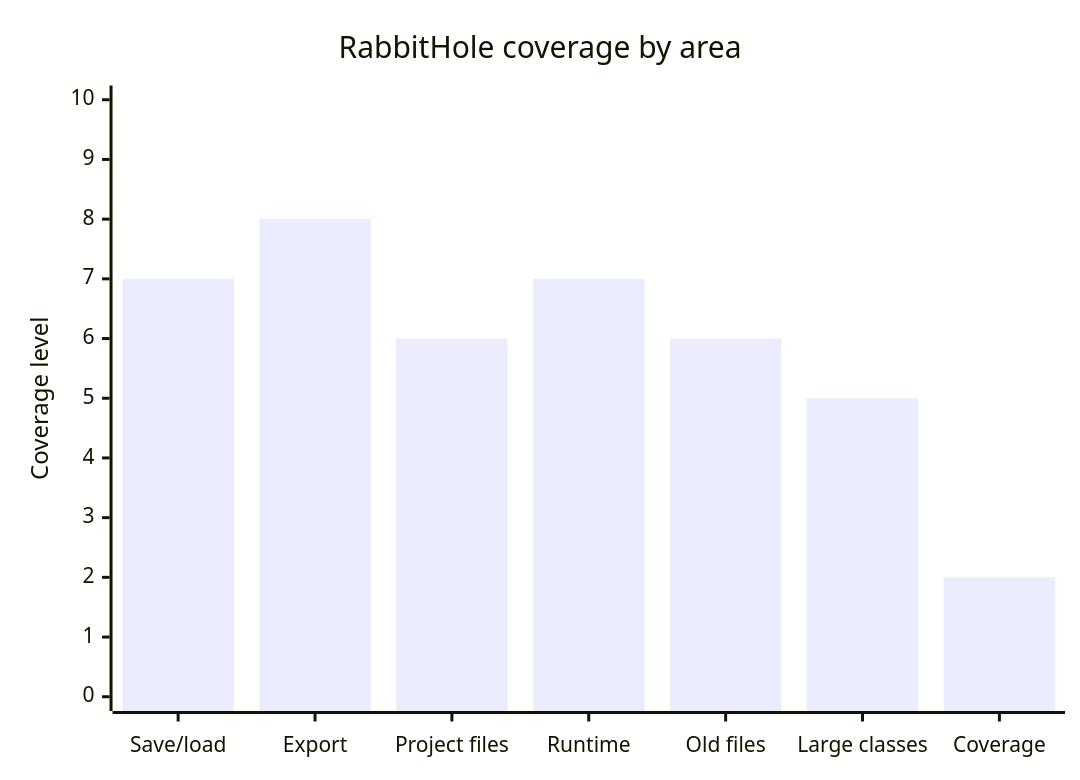
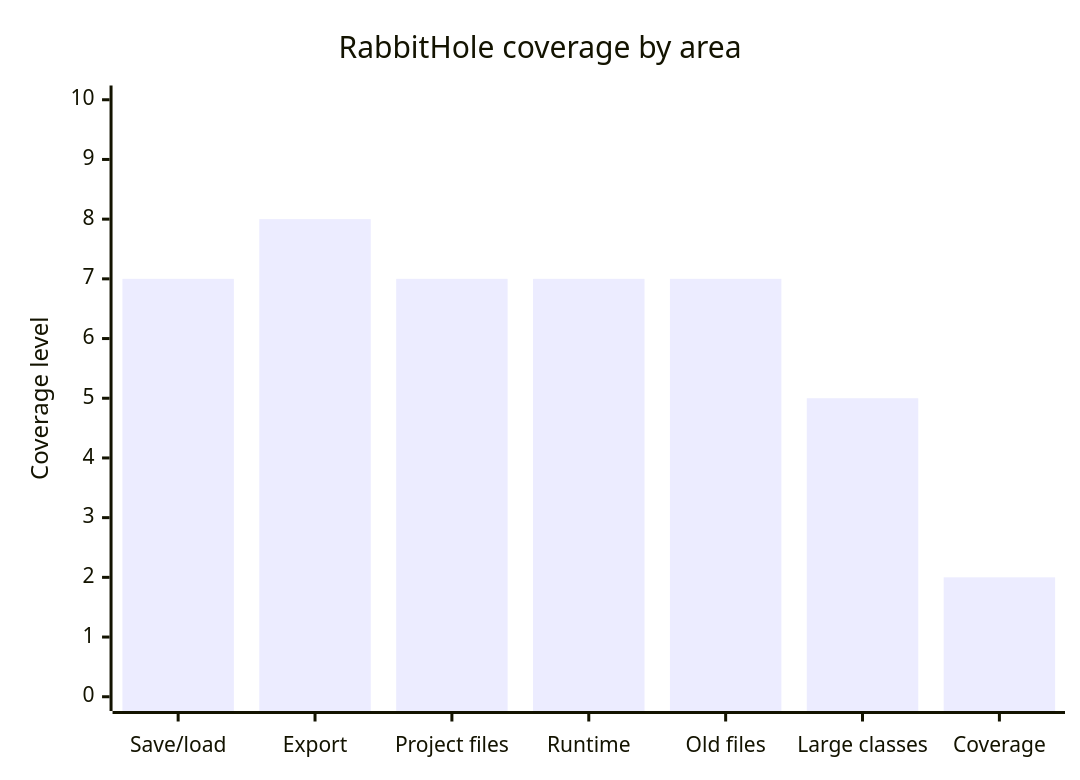
One commit to rysweet/drinkme changed the third of 6 diagrams in README.md. Above: the diagram before and after it, drawn with Mermaid. The commit also changed other lines of this file and 2 other files, not shown here.

````diff
--- a/README.md
+++ b/README.md
@@ -76,7 +76,7 @@
 ```mermaid
 xychart-beta
   title "RabbitHole coverage by area"
   x-axis ["Save/load", "Export", "Project files", "Runtime", "Old files", "Large classes", "Coverage"]
   y-axis "Coverage level" 0 --> 10
-  bar [7, 8, 6, 7, 6, 5, 2]
+  bar [7, 8, 7, 7, 7, 5, 2]
 ```
````
